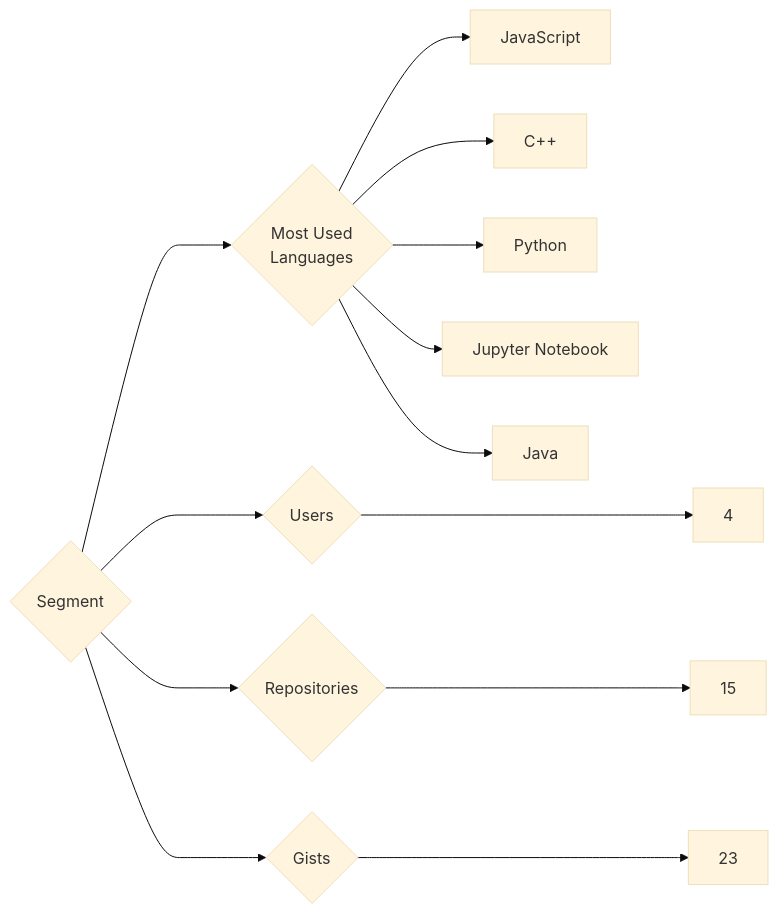
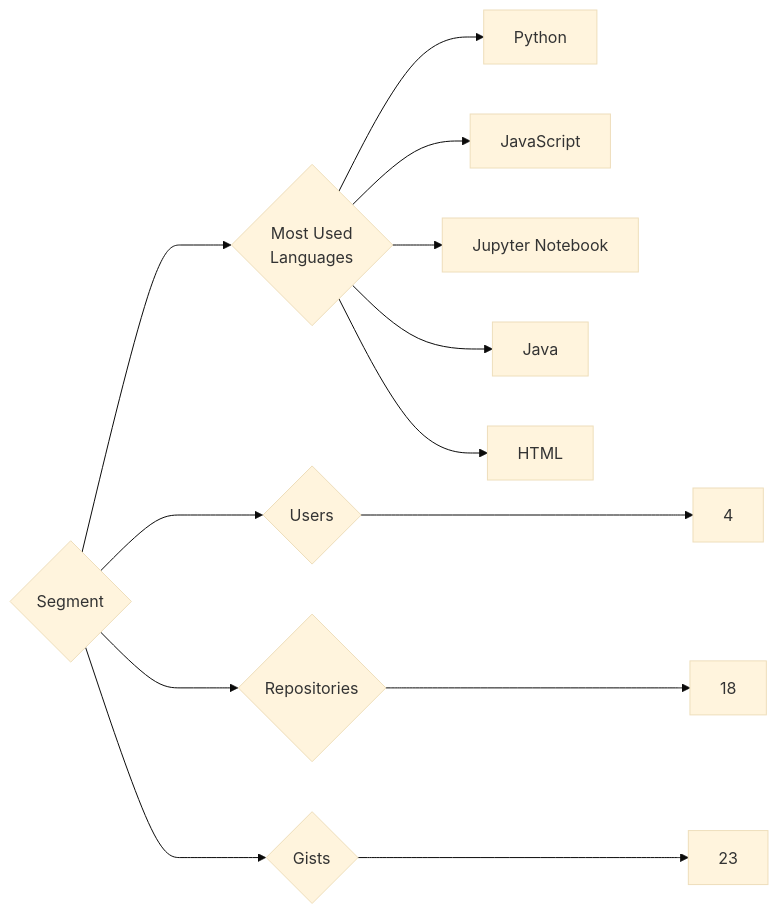
One commit to trickest/insiders changed the diagram in targets/Segment/README.md. Above: the diagram before and after it, drawn with Mermaid (base theme). The commit also changed 794 other files, not shown here.

````diff
--- a/targets/Segment/README.md
+++ b/targets/Segment/README.md
@@ -3,13 +3,13 @@
 ```mermaid
 graph LR
 COMPANY_NAME{Segment}
 COMPANY_NAME ---> U{Users} ---> UN[4]
-COMPANY_NAME ---> R{Repositories} ---> RN[15]
+COMPANY_NAME ---> R{Repositories} ---> RN[18]
 COMPANY_NAME ---> G{Gists} ---> GN[23]
 COMPANY_NAME ---> ML{Most Used<br>Languages}
+ML --> Python[Python]
 ML --> JavaScript[JavaScript]
-ML --> C++[C++]
-ML --> Python[Python]
 ML --> Jupyter_Notebook[Jupyter Notebook]
 ML --> Java[Java]
+ML --> HTML[HTML]
 ```
````
